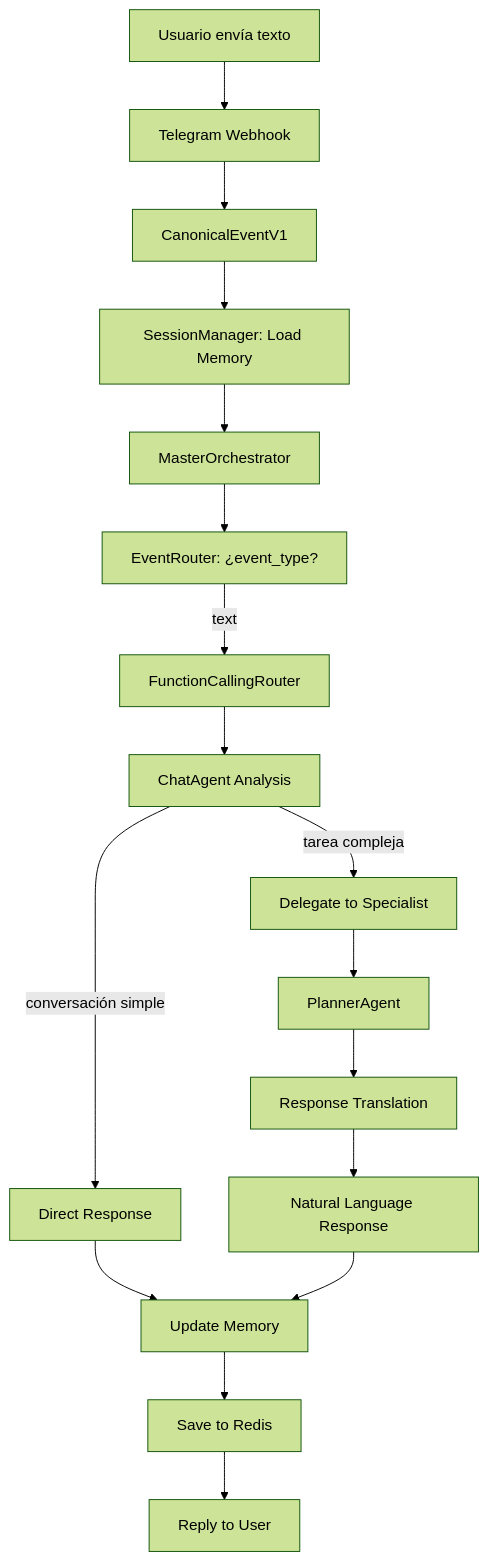
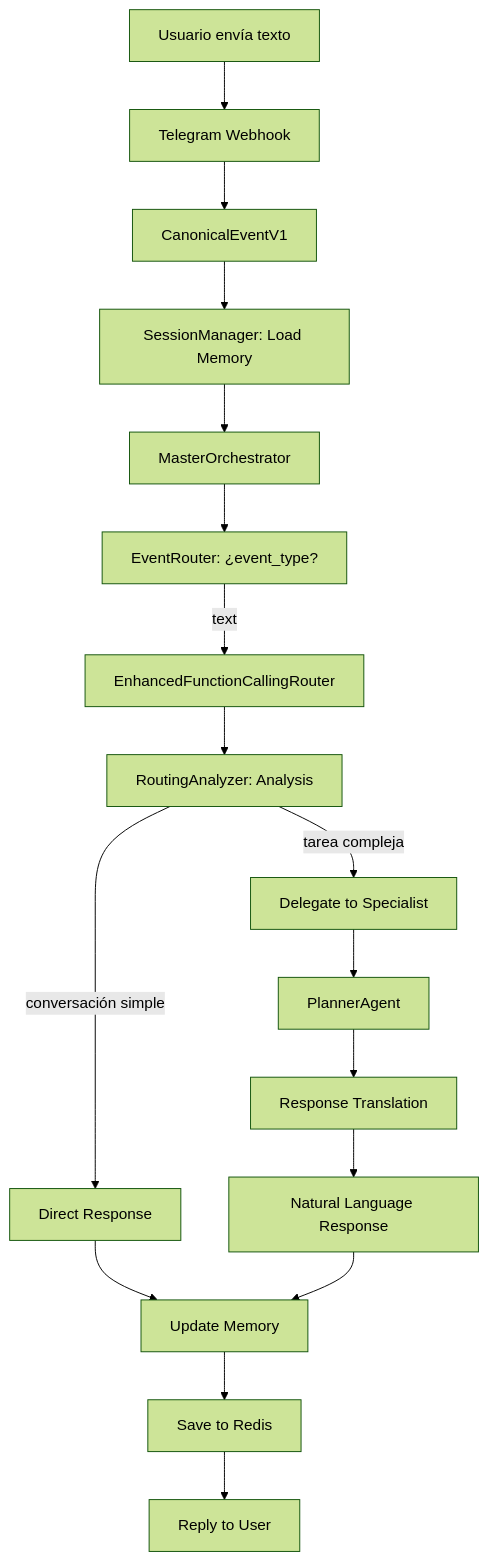
The first of 2 diagrams in docs/TECHNICAL_ARCHITECTURE.md (JhomC3/AEGEN), drawn with Mermaid (forest theme) before and after one commit. The commit also changed other lines of this file and 20 other files, not shown here.

````diff
--- a/docs/TECHNICAL_ARCHITECTURE.md
+++ b/docs/TECHNICAL_ARCHITECTURE.md
@@ -24,23 +24,23 @@
 ```mermaid
 graph TD
     A[Usuario envía texto] --> B[Telegram Webhook]
     B --> C[CanonicalEventV1]
     C --> D[SessionManager: Load Memory]
     D --> E[MasterOrchestrator]
 
     E --> F[EventRouter: ¿event_type?]
-    F -->|text| G[FunctionCallingRouter]
-    G --> H[ChatAgent Analysis]
+    F -->|text| G[EnhancedFunctionCallingRouter]
+    G --> H[RoutingAnalyzer: Analysis]
 
     H -->|conversación simple| I[Direct Response]
     H -->|tarea compleja| J[Delegate to Specialist]
 
     J --> K[PlannerAgent]
     K --> L[Response Translation]
     L --> M[Natural Language Response]
 
     I --> N[Update Memory]
     M --> N
     N --> O[Save to Redis]
     O --> P[Reply to User]
 ```
````
